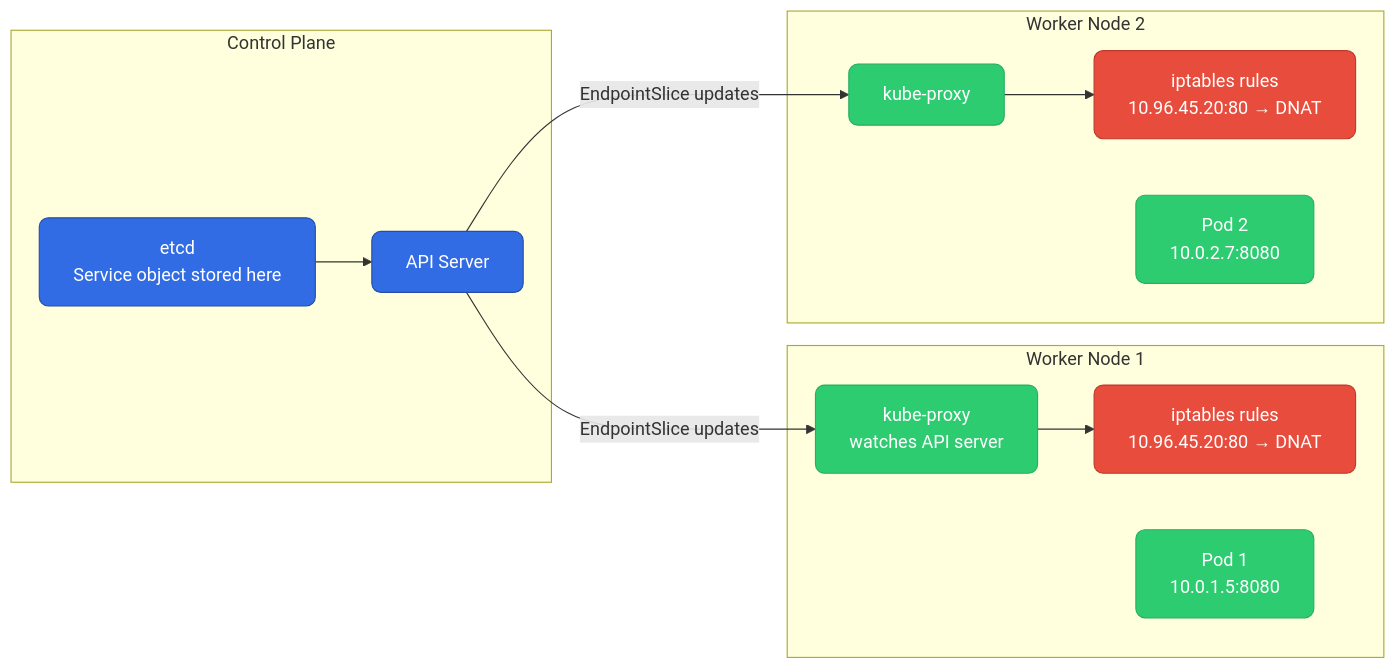
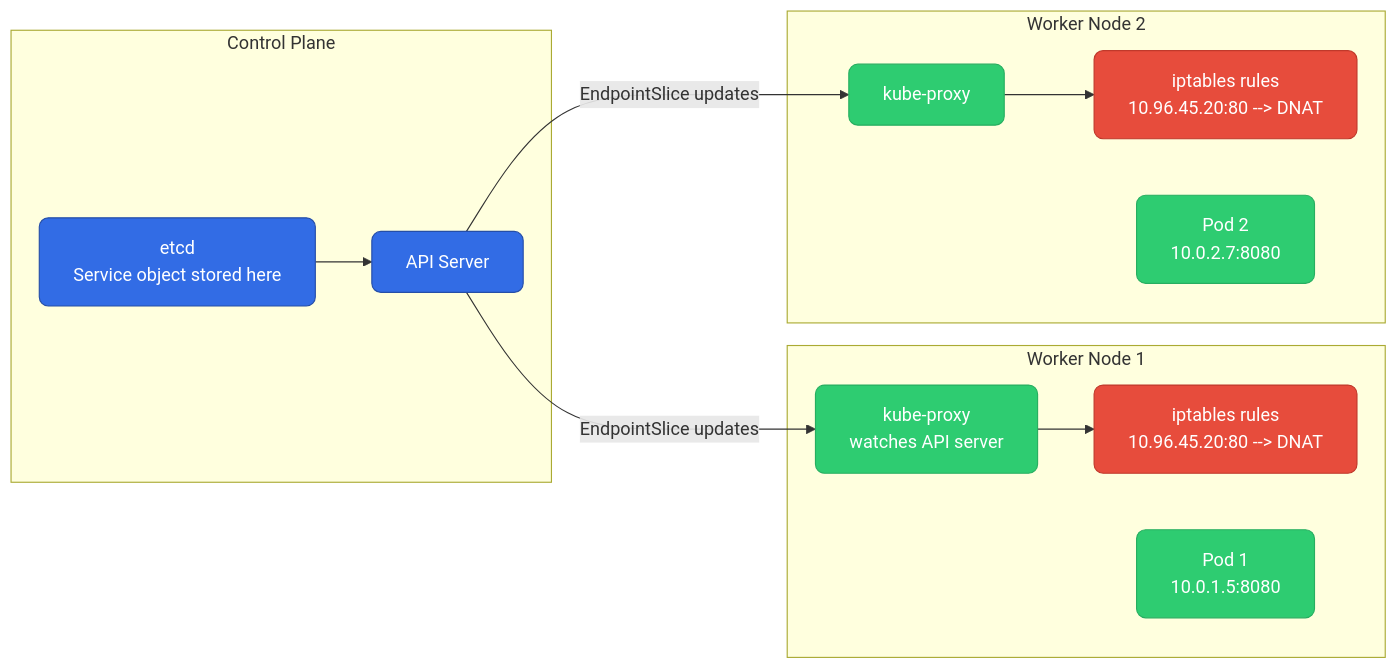
The second of 23 diagrams in devops/kubernetes/networking.md (deepanshu-rawat6/tour-of-go), drawn with Mermaid before and after one commit. The commit also changed other lines of this file and 25 other files, not shown here.

````diff
--- a/devops/kubernetes/networking.md
+++ b/devops/kubernetes/networking.md
@@ -44,29 +44,29 @@
 ```mermaid
 graph LR
     classDef cp fill:#326ce5,stroke:#254ea8,color:#fff,rx:8
     classDef node fill:#2ecc71,stroke:#27ae60,color:#fff,rx:8
     classDef virtual fill:#e74c3c,stroke:#c0392b,color:#fff,rx:8
 
     subgraph ControlPlane["Control Plane"]
         ETCD["etcd<br/>Service object stored here"]:::cp
         API["API Server"]:::cp
     end
 
     subgraph Node1["Worker Node 1"]
         KP1["kube-proxy<br/>watches API server"]:::node
-        IPT1["iptables rules<br/>10.96.45.20:80 → DNAT"]:::virtual
+        IPT1["iptables rules<br/>10.96.45.20:80 --> DNAT"]:::virtual
         POD1["Pod 1<br/>10.0.1.5:8080"]:::node
         KP1 --> IPT1
     end
 
     subgraph Node2["Worker Node 2"]
         KP2["kube-proxy"]:::node
-        IPT2["iptables rules<br/>10.96.45.20:80 → DNAT"]:::virtual
+        IPT2["iptables rules<br/>10.96.45.20:80 --> DNAT"]:::virtual
         POD2["Pod 2<br/>10.0.2.7:8080"]:::node
         KP2 --> IPT2
     end
 
     ETCD --> API
     API -->|"EndpointSlice updates"| KP1
     API -->|"EndpointSlice updates"| KP2
 ```
````
